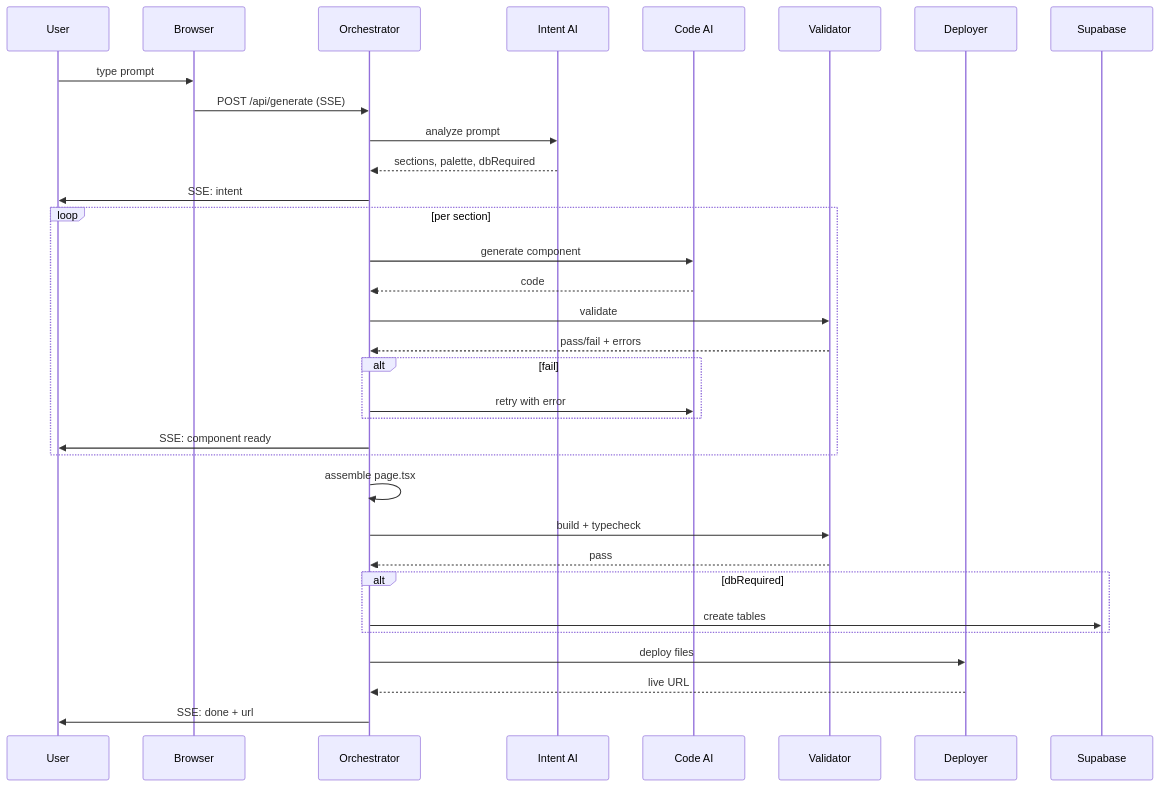
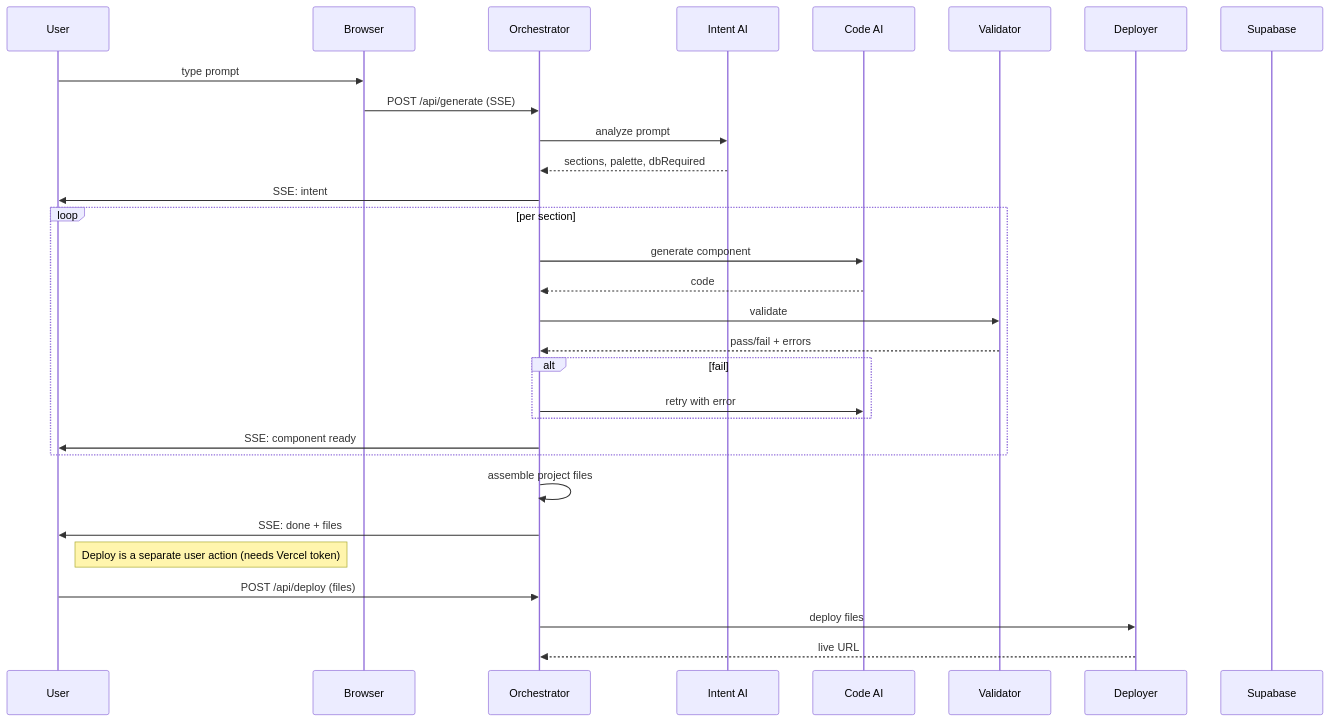
Before and after one commit to ezpectus/forgeai: the second of 2 diagrams in docs/architecture.md, drawn with Mermaid. The commit also changed other lines of this file and 120 other files, not shown here.

````diff
--- a/docs/architecture.md
+++ b/docs/architecture.md
@@ -87,40 +82,36 @@
 ```mermaid
 sequenceDiagram
     participant U as User
     participant B as Browser
     participant O as Orchestrator
     participant I as Intent AI
     participant C as Code AI
     participant V as Validator
     participant D as Deployer
     participant S as Supabase
 
     U->>B: type prompt
     B->>O: POST /api/generate (SSE)
     O->>I: analyze prompt
     I-->>O: sections, palette, dbRequired
     O->>U: SSE: intent
 
     loop per section
         O->>C: generate component
         C-->>O: code
         O->>V: validate
         V-->>O: pass/fail + errors
         alt fail
             O->>C: retry with error
         end
         O->>U: SSE: component ready
     end
 
-    O->>O: assemble page.tsx
-    O->>V: build + typecheck
-    V-->>O: pass
+    O->>O: assemble project files
+    O->>U: SSE: done + files
 
-    alt dbRequired
-        O->>S: create tables
-    end
-
+    Note right of U: Deploy is a separate user action (needs Vercel token)
+    U->>O: POST /api/deploy (files)
     O->>D: deploy files
     D-->>O: live URL
-    O->>U: SSE: done + url
 ```
````
